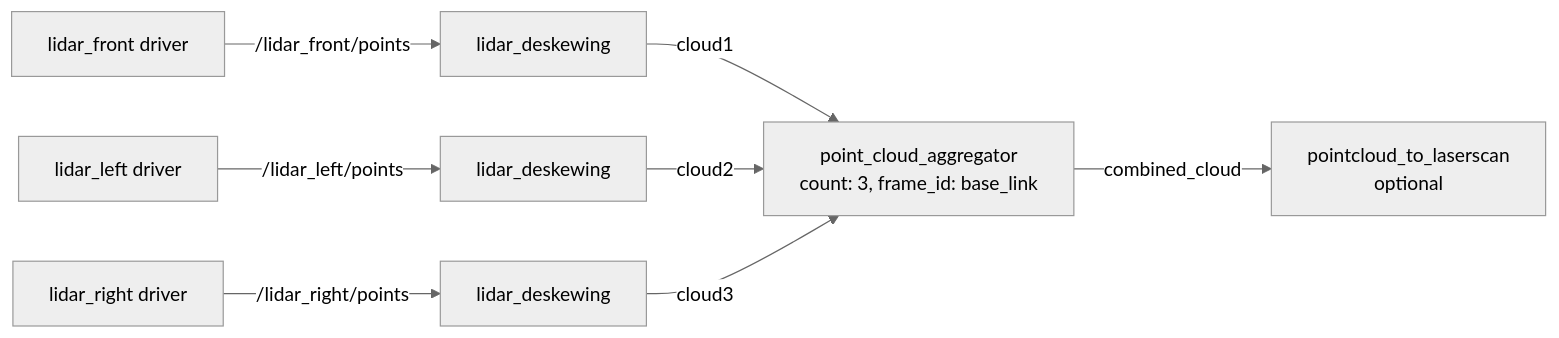
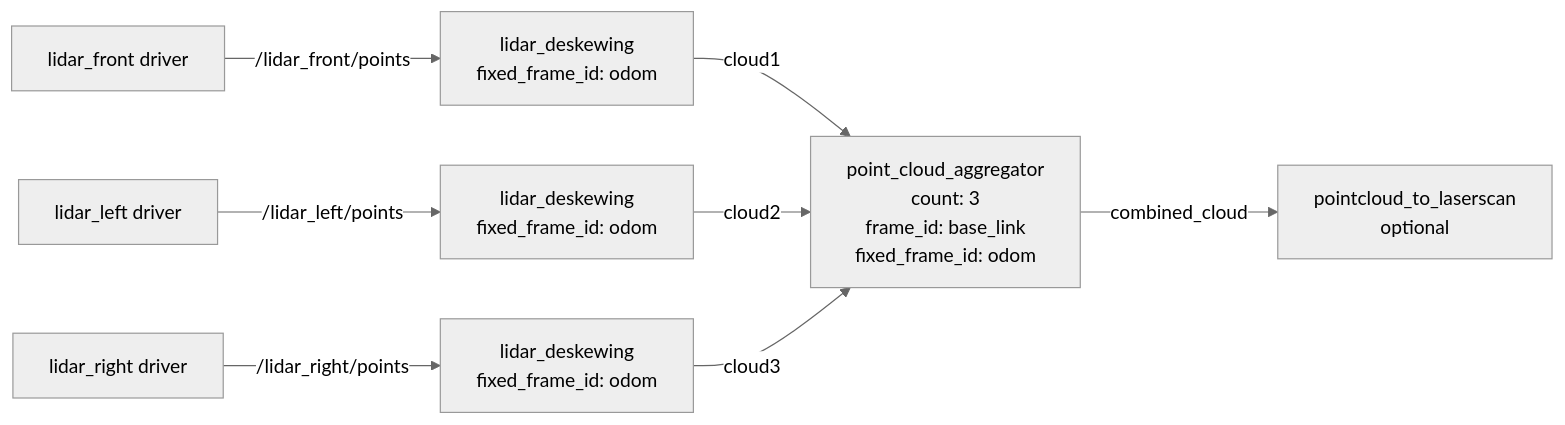
One commit to introlab/rtabmap_ros changed the diagram in rtabmap_util/doc/point_cloud_aggregator.md. Above: the diagram before and after it, drawn with Mermaid (neutral theme). The commit also changed other lines of this file and 1 other file, not shown here.

Commit message:
cleanup some diagrams

````diff
--- a/rtabmap_util/doc/point_cloud_aggregator.md
+++ b/rtabmap_util/doc/point_cloud_aggregator.md
@@ -38,18 +38,18 @@
 ```mermaid
 flowchart LR
     L0["lidar_front driver"]
     L1["lidar_left driver"]
     L2["lidar_right driver"]
-    D0["lidar_deskewing"]
-    D1["lidar_deskewing"]
-    D2["lidar_deskewing"]
-    AGG["point_cloud_aggregator<br>count: 3, frame_id: base_link"]
+    D0["lidar_deskewing<br>fixed_frame_id: odom"]
+    D1["lidar_deskewing<br>fixed_frame_id: odom"]
+    D2["lidar_deskewing<br>fixed_frame_id: odom"]
+    AGG["point_cloud_aggregator<br>count: 3<br>frame_id: base_link<br>fixed_frame_id: odom"]
     SCAN["pointcloud_to_laserscan<br>optional"]
     L0 -->|/lidar_front/points| D0
     L1 -->|/lidar_left/points| D1
     L2 -->|/lidar_right/points| D2
     D0 -->|cloud1| AGG
     D1 -->|cloud2| AGG
     D2 -->|cloud3| AGG
     AGG -->|combined_cloud| SCAN
 ```
````
